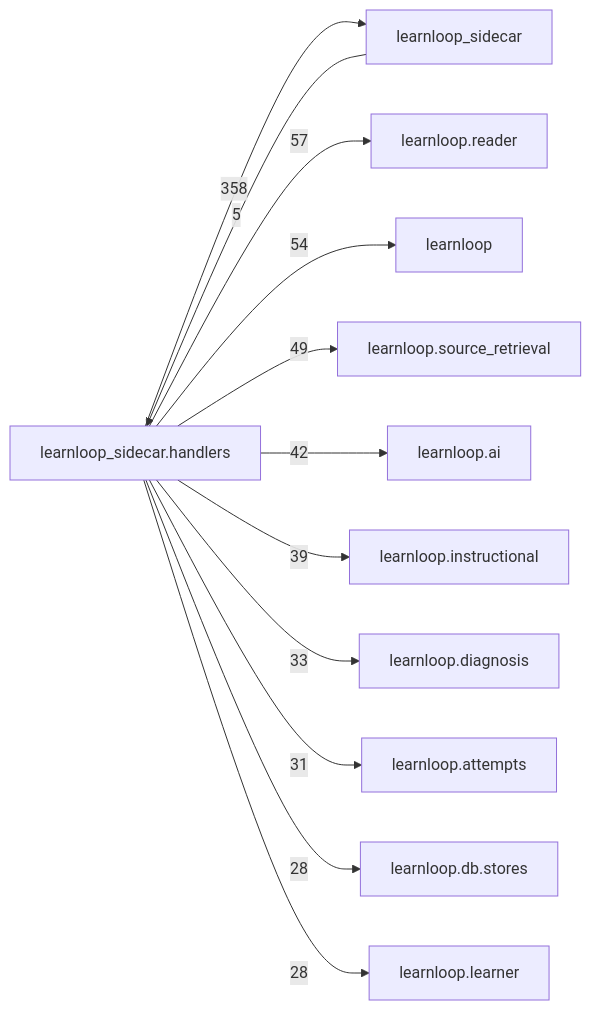
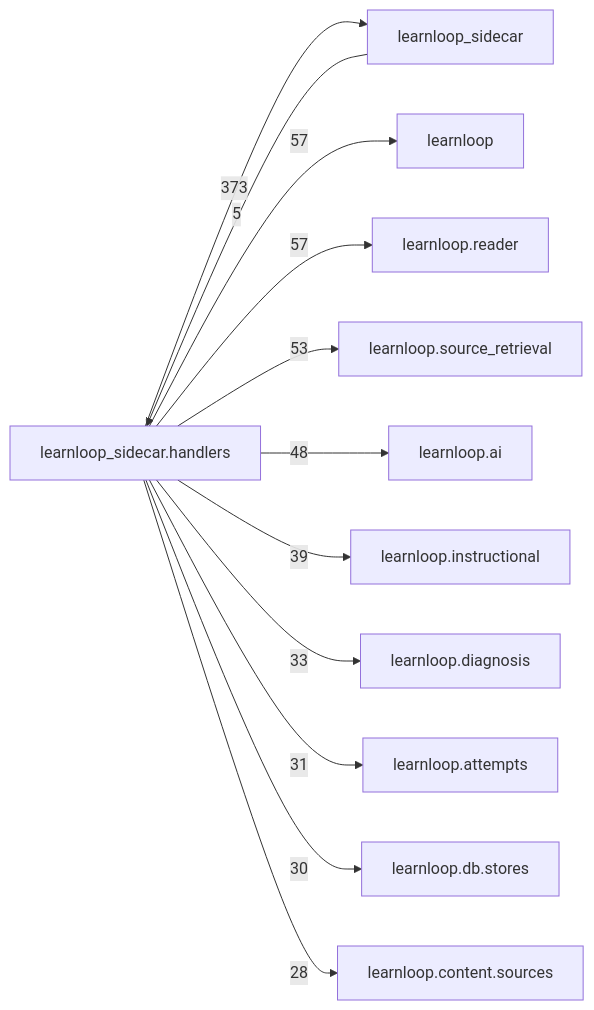
Before and after one commit to 6up-b/learnanything: the diagram in docs/learnloop-architecture-vault/Reference/Modules/learnloop_sidecar/handlers/_package.md, drawn with Mermaid. The commit also changed other lines of this file and 201 other files, not shown here.

````diff
--- a/docs/learnloop-architecture-vault/Reference/Modules/learnloop_sidecar/handlers/_package.md
+++ b/docs/learnloop-architecture-vault/Reference/Modules/learnloop_sidecar/handlers/_package.md
@@ -280,25 +287,25 @@
 ```mermaid
 flowchart LR
     center["learnloop_sidecar.handlers"]
     n_learnloop_sidecar["learnloop_sidecar"]
+    n_learnloop["learnloop"]
     n_learnloop_reader["learnloop.reader"]
-    n_learnloop["learnloop"]
     n_learnloop_source_retrieval["learnloop.source_retrieval"]
     n_learnloop_ai["learnloop.ai"]
     n_learnloop_instructional["learnloop.instructional"]
     n_learnloop_diagnosis["learnloop.diagnosis"]
     n_learnloop_attempts["learnloop.attempts"]
     n_learnloop_db_stores["learnloop.db.stores"]
-    n_learnloop_learner["learnloop.learner"]
+    n_learnloop_content_sources["learnloop.content.sources"]
     n_learnloop_sidecar -->|5| center
-    center -->|358| n_learnloop_sidecar
+    center -->|373| n_learnloop_sidecar
+    center -->|57| n_learnloop
     center -->|57| n_learnloop_reader
-    center -->|54| n_learnloop
-    center -->|49| n_learnloop_source_retrieval
-    center -->|42| n_learnloop_ai
+    center -->|53| n_learnloop_source_retrieval
+    center -->|48| n_learnloop_ai
     center -->|39| n_learnloop_instructional
     center -->|33| n_learnloop_diagnosis
     center -->|31| n_learnloop_attempts
-    center -->|28| n_learnloop_db_stores
-    center -->|28| n_learnloop_learner
+    center -->|30| n_learnloop_db_stores
+    center -->|28| n_learnloop_content_sources
 ```
````
